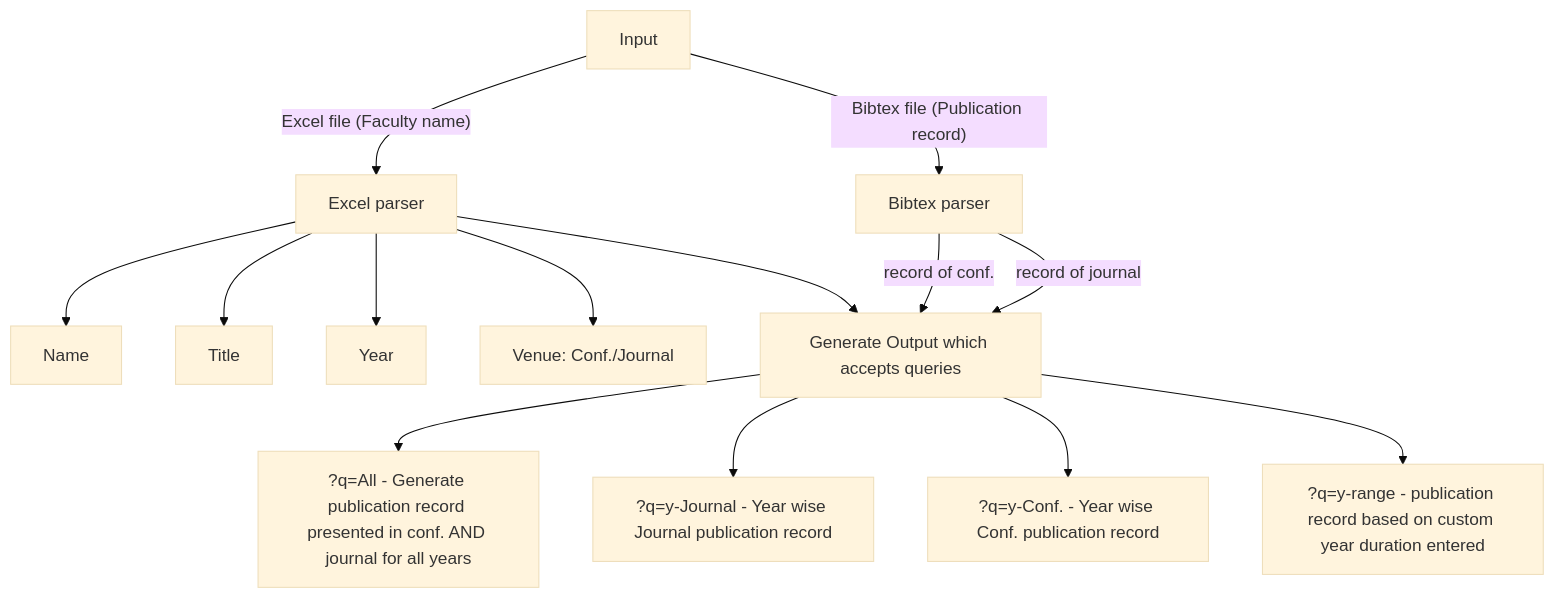
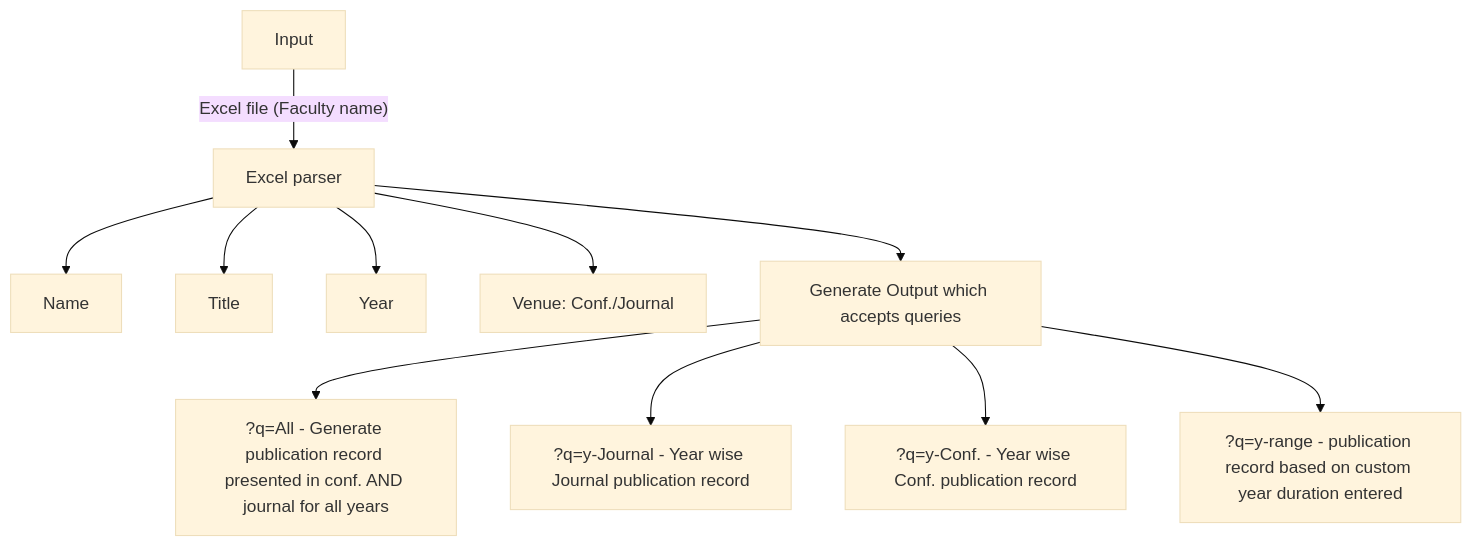
One commit to Colluded-Projects/pub_collectors changed the diagram in README.md. Above: the diagram before and after it, drawn with Mermaid (base theme). The commit also changed other lines of this file, not shown here.

````diff
--- a/README.md
+++ b/README.md
@@ -16,16 +19,13 @@
 ```mermaid
 graph TD
     A[Input] -- Excel file (Faculty name) --> B[Excel parser]
-    A[Input] --Bibtex file (Publication record) --> C[Bibtex parser]
     B --> D[Name]
     B --> E[Title]
     B --> F[Year]
     B --> G[Venue: Conf./Journal]
     B --> H[Generate Output which accepts queries]
-    C -- record of conf. --> H[Generate Output which accepts queries]
-    C -- record of journal --> H[Generate Output which accepts queries]
     H --> I[?q=All - Generate publication record presented in conf. AND journal for all years]
     H --> J[?q=y-Journal - Year wise Journal publication record]
     H --> K[?q=y-Conf. - Year wise Conf. publication record]
     H --> L[?q=y-range - publication record based on custom year duration entered]
 ```
````
